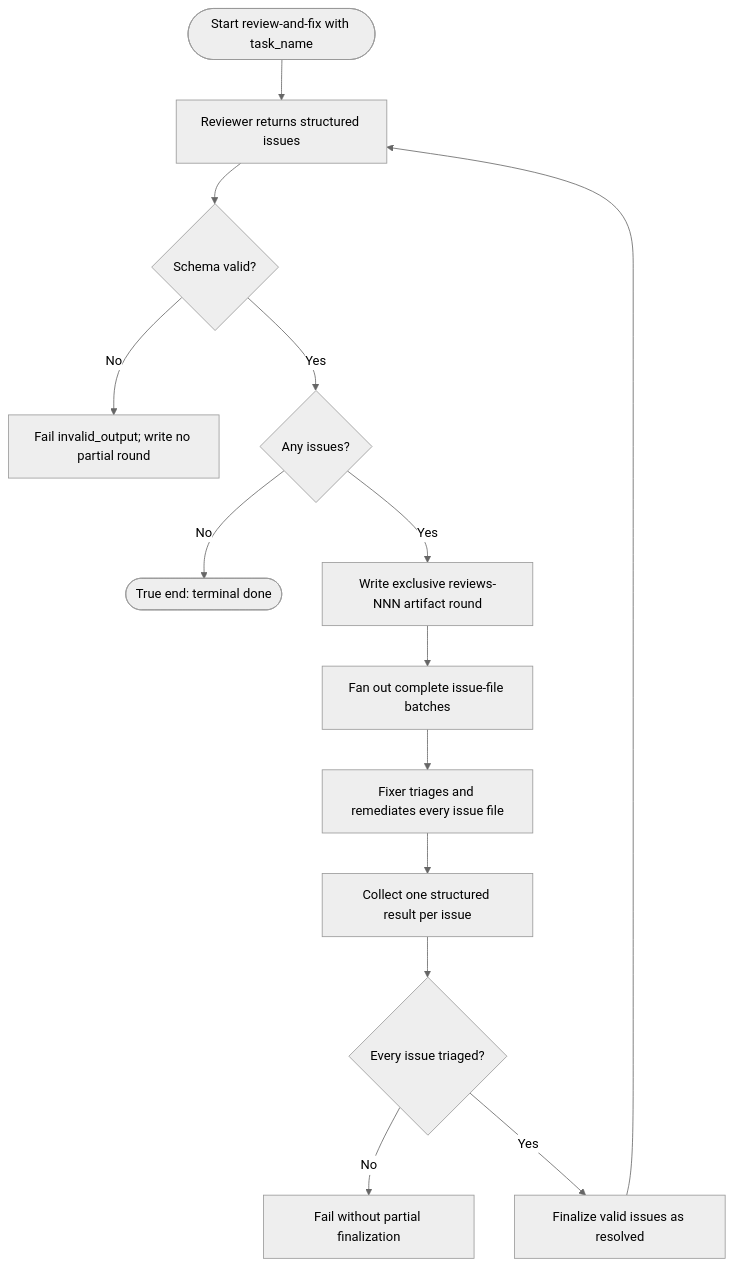
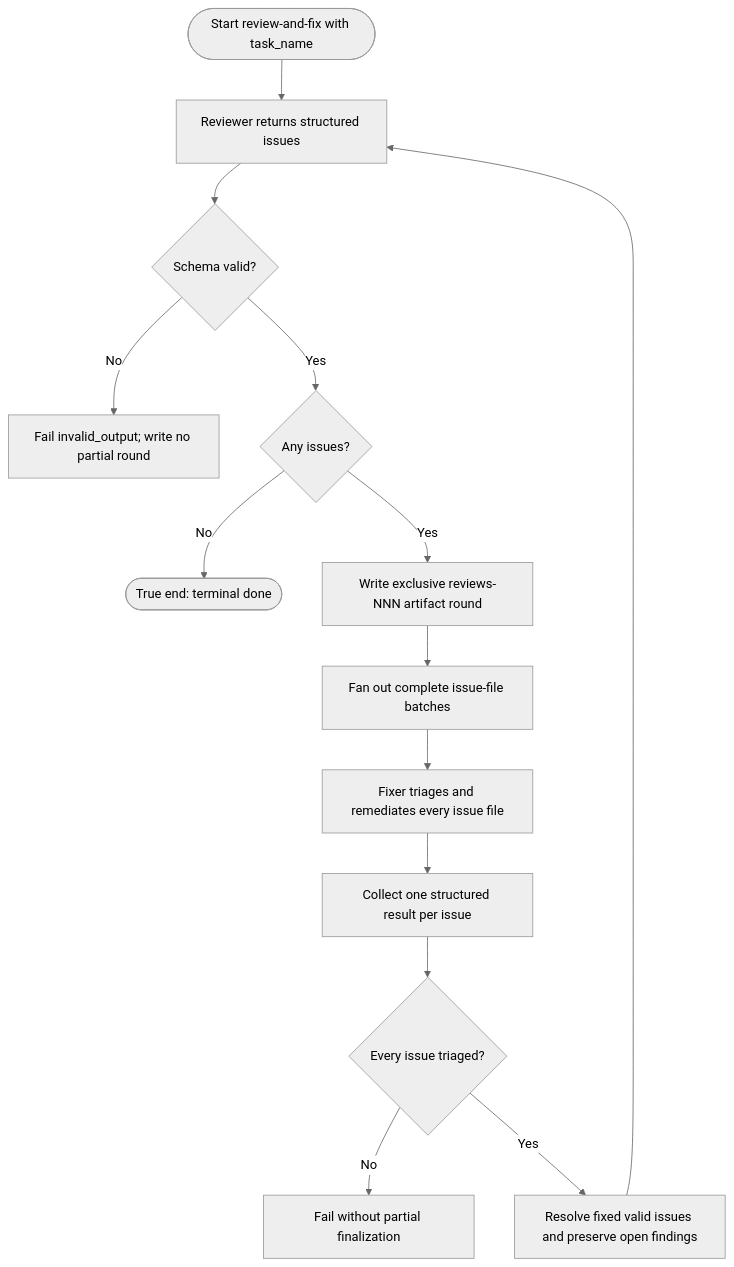
The diagram in docs/qa/journeys/J-08-watch-and-maintain.md (compozy/compozy), drawn with Mermaid (neutral theme) before and after one commit. The commit also changed other lines of this file and 14 other files, not shown here.

First line of the commit message:
fix: preserve unresolved review findings (#543)

````diff
--- a/docs/qa/journeys/J-08-watch-and-maintain.md
+++ b/docs/qa/journeys/J-08-watch-and-maintain.md
@@ -9,16 +9,16 @@
 ```mermaid
 flowchart TD
     A([Start review-and-fix with task_name]) --> B[Reviewer returns structured issues]
     B --> V{Schema valid?}
     V -->|No| X[Fail invalid_output; write no partial round]
     V -->|Yes| C{Any issues?}
     C -->|No| D([True end: terminal done])
     C -->|Yes| E[Write exclusive reviews-NNN artifact round]
     E --> F[Fan out complete issue-file batches]
     F --> G[Fixer triages and remediates every issue file]
     G --> H[Collect one structured result per issue]
     H --> I{Every issue triaged?}
     I -->|No| J[Fail without partial finalization]
-    I -->|Yes| K[Finalize valid issues as resolved]
+    I -->|Yes| K[Resolve fixed valid issues and preserve open findings]
     K --> B
 ```
````
